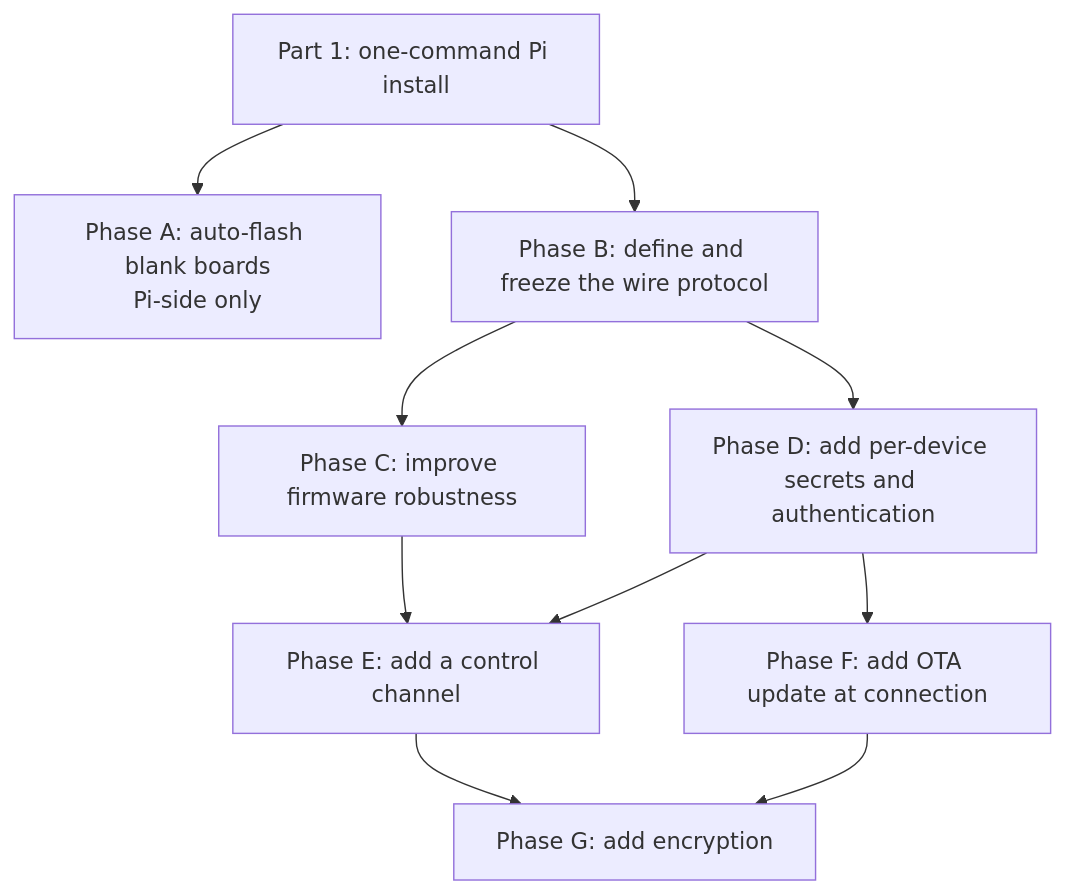
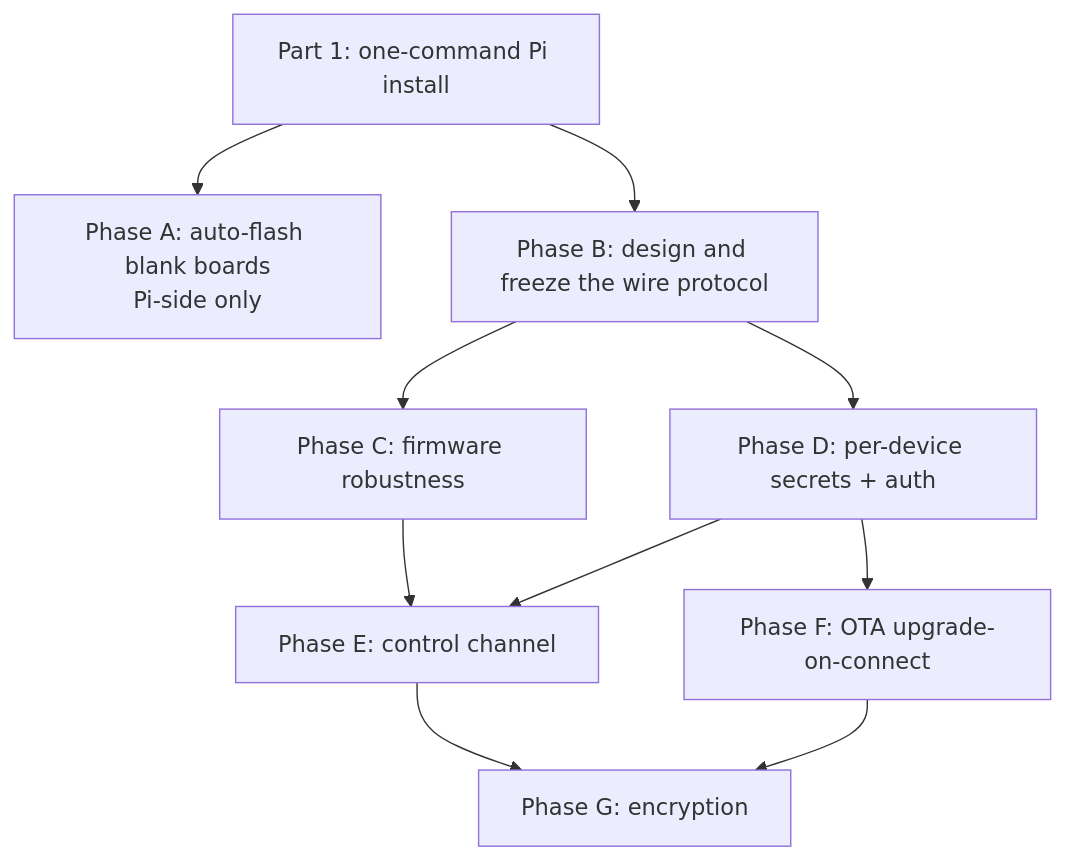
The diagram in ticket.md (horner/remote-serial-pico), drawn with Mermaid before and after one commit. The commit also changed other lines of this file, not shown here.

````diff
--- a/ticket.md
+++ b/ticket.md
@@ -131,12 +82,12 @@
 ```mermaid
 flowchart TD
     I[Part 1: one-command Pi install] --> A[Phase A: auto-flash blank boards<br/>Pi-side only]
-    I --> B[Phase B: define and freeze the wire protocol]
-    B --> C[Phase C: improve firmware robustness]
-    B --> D[Phase D: add per-device secrets and authentication]
-    C --> E[Phase E: add a control channel]
+    I --> B[Phase B: design and freeze the wire protocol]
+    B --> C[Phase C: firmware robustness]
+    B --> D[Phase D: per-device secrets + auth]
+    C --> E[Phase E: control channel]
     D --> E
-    D --> F[Phase F: add OTA update at connection]
-    E --> G[Phase G: add encryption]
+    D --> F[Phase F: OTA upgrade-on-connect]
+    E --> G[Phase G: encryption]
     F --> G
 ```
````
